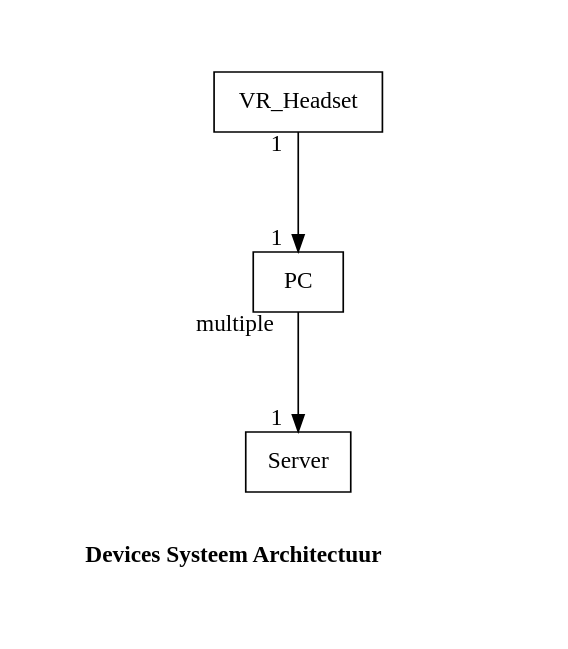
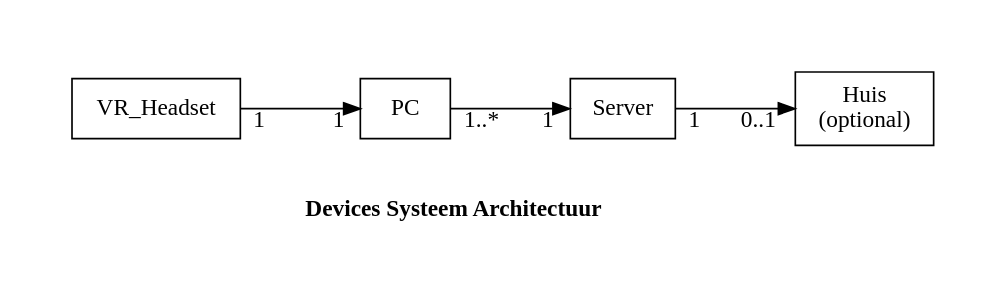
One commit to selficient/docs changed the diagram in Systeem Architectuur/system_architecture.dot. Above: the diagram before and after it, drawn with Graphviz. The commit also changed 1 other file, not shown here.

```diff
--- a/Systeem Architectuur/system_architecture.dot
+++ b/Systeem Architectuur/system_architecture.dot
@@ -1,35 +1,37 @@
 digraph system_architecture {
 
 # global atributes
 
     graph [label   = <<br/><br/><b>Devices Systeem Architectuur</b>>,
            splines = polyline,
            pad     = 0.5,
            nodesep = 1,
            ranksep = 1,
            linesep = 1
-           bgcolor = "#FFFFFFFF"]
+           bgcolor = "#FFFFFFFF"
+           rankdir = LR]
 
     node [shape  = box,
           margin = 0.1]
 
  #  edge [arrowtail = none,
  #        arrowhead = none,
  #        dir       = both,
  #        decorate  = "true"]
 
 
 # Labels
 
     VR_Headset
     PC
     Server
-
+    Huis [label = "Huis\n(optional)"]
 
 # Connections
 
 
-    VR_Headset -> PC     [headlabel="1  ", taillabel="1  "]
-    PC         -> Server [headlabel="1  ", taillabel="multiple  "]
+    VR_Headset -> PC     [headlabel="1  ", taillabel="  1"]
+    PC         -> Server [headlabel="1  ", taillabel="  1..*"]
+    Server     -> Huis   [headlabel="0..1  ", taillabel="  1"]
 
 }
```
